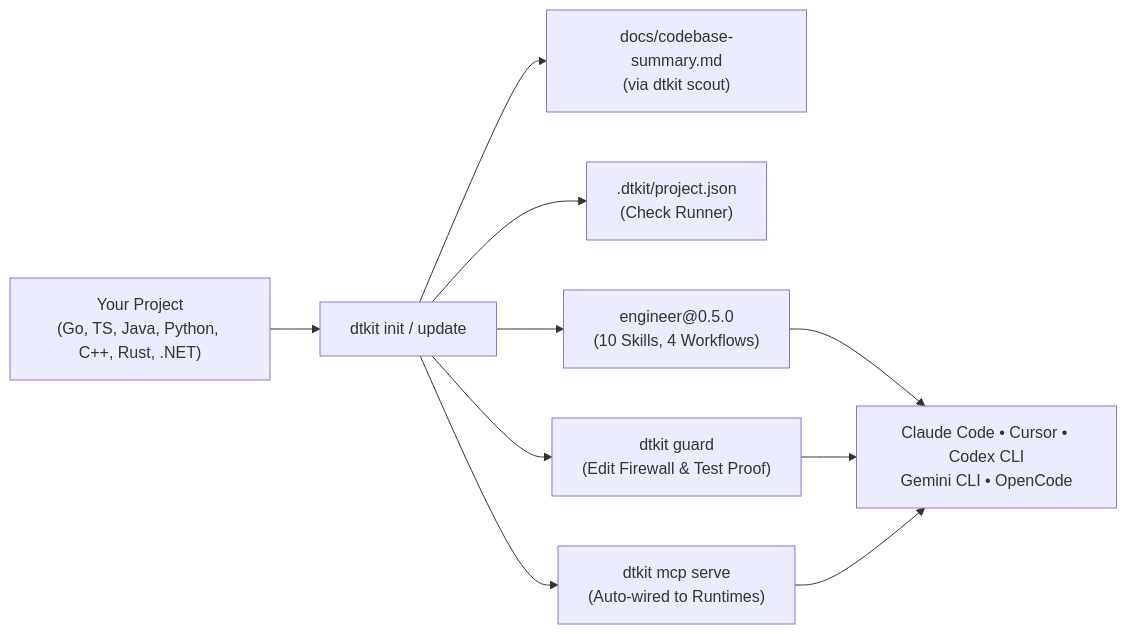
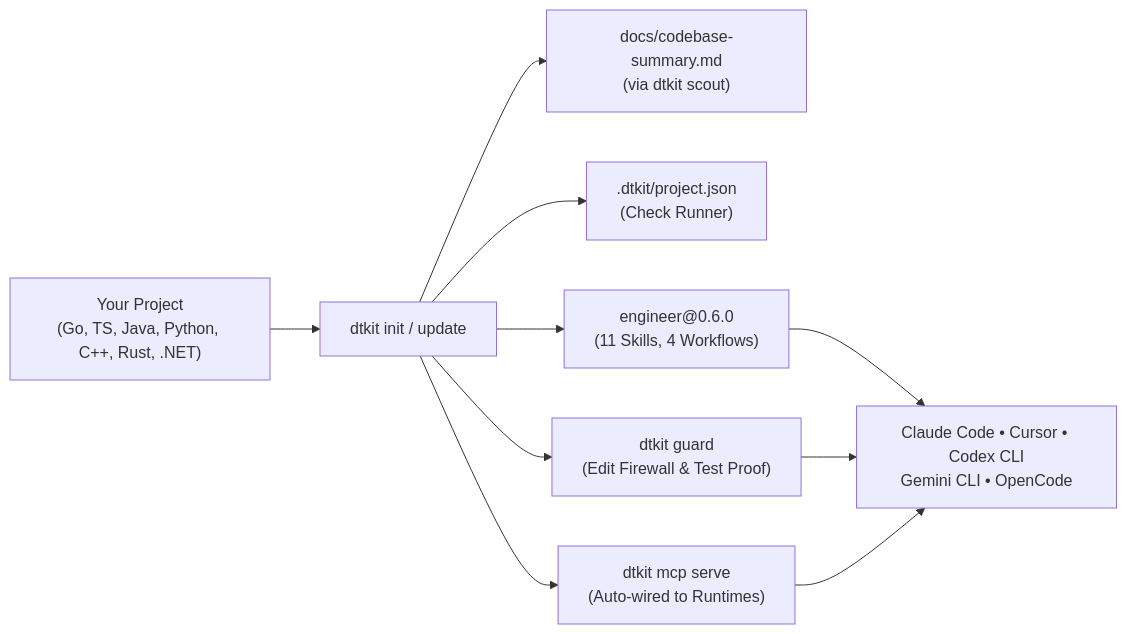
Before and after one commit to truong-newbie/Agent_Kit_Impl: the first of 2 diagrams in docs/guide.md, drawn with Mermaid. The commit also changed other lines of this file and 43 other files, not shown here.

````diff
--- a/docs/guide.md
+++ b/docs/guide.md
@@ -26,12 +27,12 @@
 ```mermaid
 flowchart LR
     Dev["Your Project\n(Go, TS, Java, Python, C++, Rust, .NET)"] --> Init["dtkit init / update"]
     Init --> Summary["docs/codebase-summary.md\n(via dtkit scout)"]
     Init --> Profile[".dtkit/project.json\n(Check Runner)"]
-    Init --> Kit["engineer@0.5.0\n(10 Skills, 4 Workflows)"]
+    Init --> Kit["engineer@0.6.0\n(11 Skills, 4 Workflows)"]
     Init --> Guard["dtkit guard\n(Edit Firewall & Test Proof)"]
     Init --> MCP["dtkit mcp serve\n(Auto-wired to Runtimes)"]
     Kit --> Runtimes["Claude Code • Cursor • Codex CLI\nGemini CLI • OpenCode"]
     Guard --> Runtimes
     MCP --> Runtimes
 ```
````
